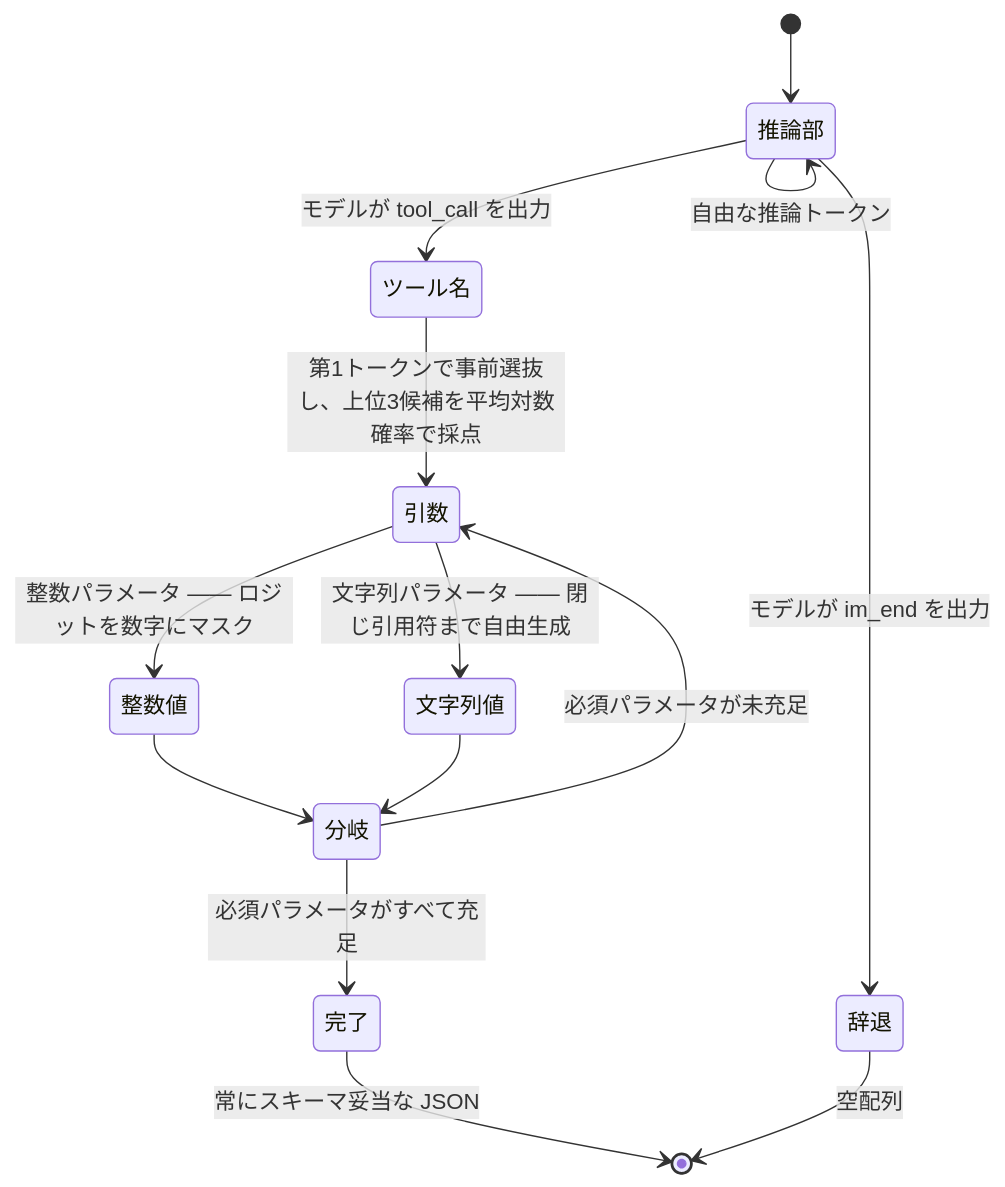
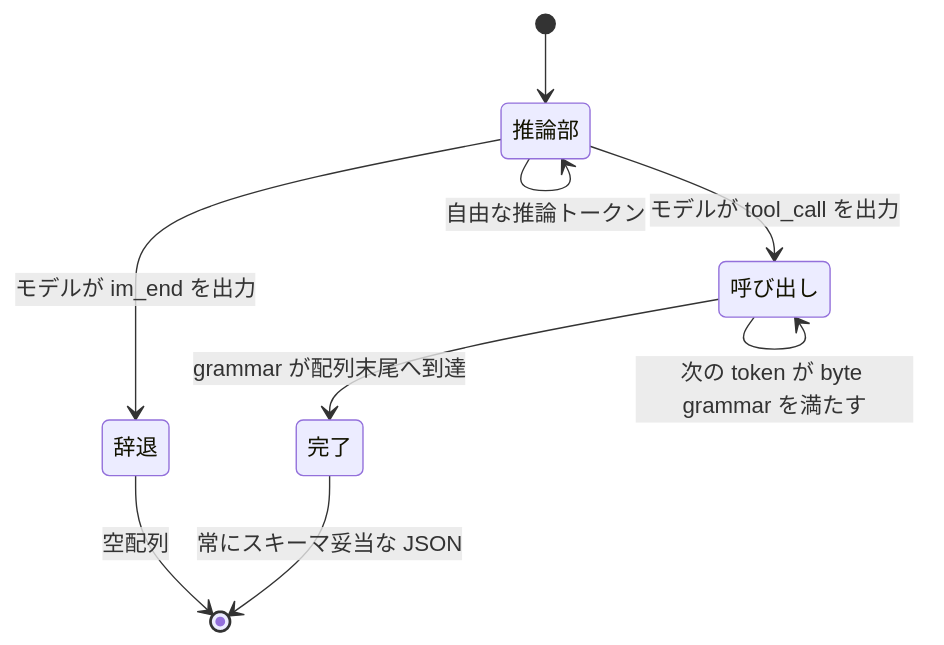
One commit to memovai/mimimodel changed the third of 5 diagrams in README_JA.md. Above: the diagram before and after it, drawn with Mermaid. The commit also changed other lines of this file and 57 other files, not shown here.

````diff
--- a/README_JA.md
+++ b/README_JA.md
@@ -215,16 +213,11 @@
 ```mermaid
 stateDiagram-v2
     [*] --> 推論部
     推論部 --> 推論部 : 自由な推論トークン
     推論部 --> 辞退 : モデルが im_end を出力
-    推論部 --> ツール名 : モデルが tool_call を出力
-    ツール名 --> 引数 : 第1トークンで事前選抜し、上位3候補を平均対数確率で採点
-    引数 --> 整数値 : 整数パラメータ —— ロジットを数字にマスク
-    引数 --> 文字列値 : 文字列パラメータ —— 閉じ引用符まで自由生成
-    整数値 --> 分岐
-    文字列値 --> 分岐
-    分岐 --> 引数 : 必須パラメータが未充足
-    分岐 --> 完了 : 必須パラメータがすべて充足
+    推論部 --> 呼び出し : モデルが tool_call を出力
+    呼び出し --> 呼び出し : 次の token が byte grammar を満たす
+    呼び出し --> 完了 : grammar が配列末尾へ到達
     完了 --> [*] : 常にスキーマ妥当な JSON
     辞退 --> [*] : 空配列
 ```
````
